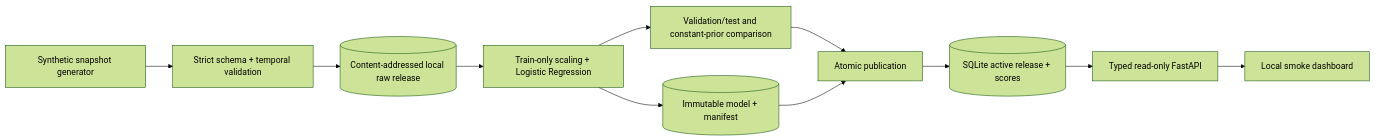
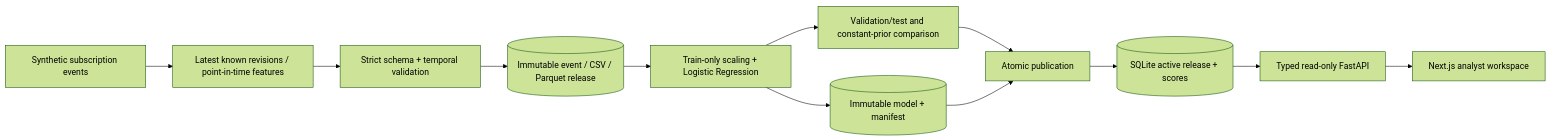
One commit to Palapluem/RetentionOps changed the first of 2 diagrams in docs/ARCHITECTURE.md. Above: the diagram before and after it, drawn with Mermaid (forest theme). The commit also changed other lines of this file and 44 other files, not shown here.

Commit message:
feat: publish an event-backed analyst workspace with full-stack CI (#7)

````diff
--- a/docs/ARCHITECTURE.md
+++ b/docs/ARCHITECTURE.md
@@ -5,13 +5,14 @@
 ```mermaid
 flowchart LR
-  G[Synthetic snapshot generator] --> V[Strict schema + temporal validation]
-  V --> R[(Content-addressed local raw release)]
+  G[Synthetic subscription events] --> K[Latest known revisions / point-in-time features]
+  K --> V[Strict schema + temporal validation]
+  V --> R[(Immutable event / CSV / Parquet release)]
   R --> T[Train-only scaling + Logistic Regression]
   T --> E[Validation/test and constant-prior comparison]
   T --> M[(Immutable model + manifest)]
   E --> P[Atomic publication]
   M --> P
   P --> S[(SQLite active release + scores)]
   S --> A[Typed read-only FastAPI]
-  A --> U[Local smoke dashboard]
+  A --> U[Next.js analyst workspace]
 ```
````
